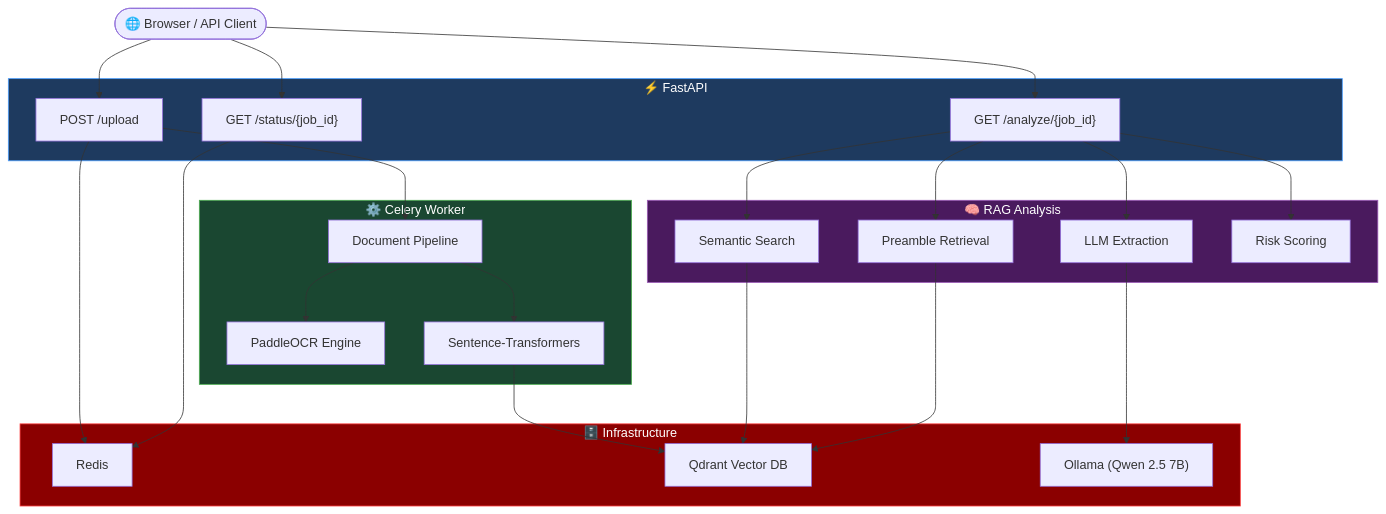
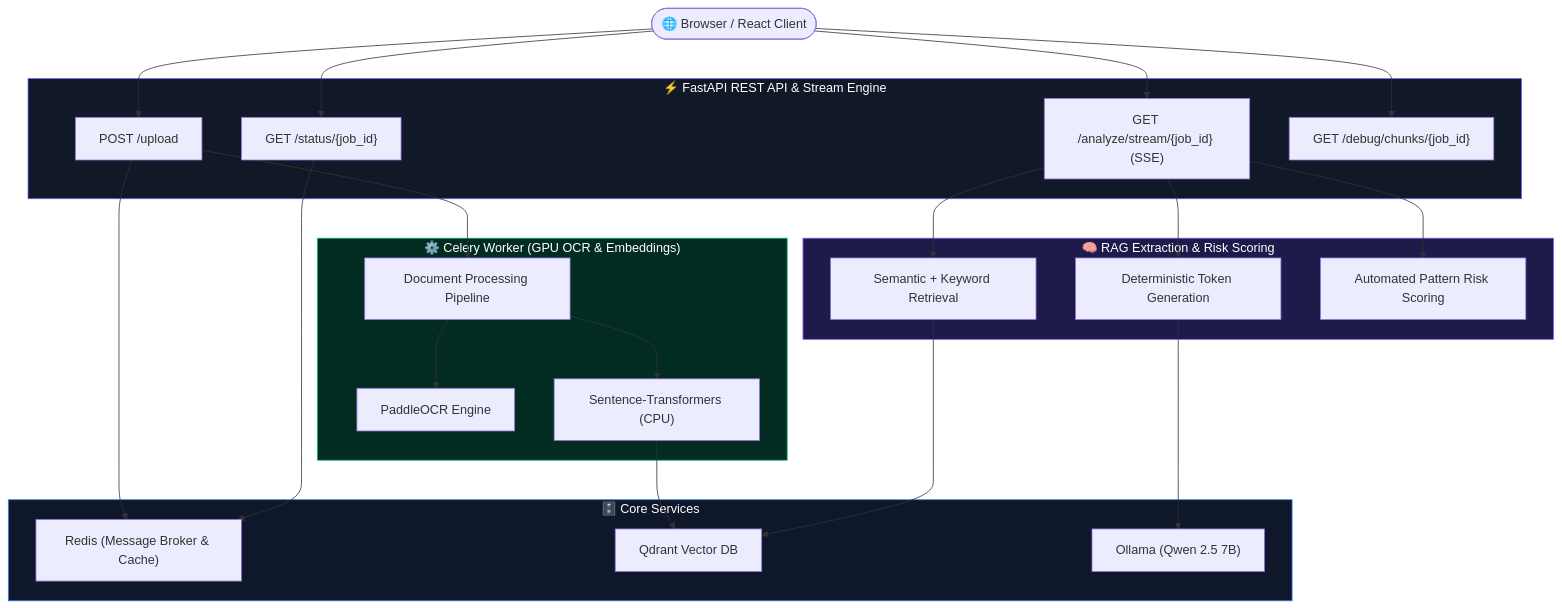
The first of 2 diagrams in README.md (Shivam-Prajapati-11/Contract_intelligence), drawn with Mermaid before and after one commit. The commit also changed other lines of this file and 11 other files, not shown here.

````diff
--- a/README.md
+++ b/README.md
@@ -309,51 +15,52 @@
 ```mermaid
 flowchart TD
-    CLIENT(["🌐 Browser / API Client"])
+    CLIENT(["🌐 Browser / React Client"])
 
-    subgraph FASTAPI["⚡ FastAPI"]
+    subgraph FASTAPI["⚡ FastAPI REST API & Stream Engine"]
         UPLOAD["POST /upload"]
         STATUS["GET /status/{job_id}"]
-        ANALYZE["GET /analyze/{job_id}"]
+        ANALYZE_STREAM["GET /analyze/stream/{job_id} (SSE)"]
+        DEBUG["GET /debug/chunks/{job_id}"]
     end
 
-    subgraph INFRA["🗄️ Infrastructure"]
-        REDIS["Redis"]
+    subgraph INFRA["🗄️ Core Services"]
+        REDIS["Redis (Message Broker & Cache)"]
         QDRANT["Qdrant Vector DB"]
         OLLAMA["Ollama (Qwen 2.5 7B)"]
     end
 
-    subgraph CELERY["⚙️ Celery Worker"]
-        PIPELINE["Document Pipeline"]
+    subgraph CELERY["⚙️ Celery Worker (GPU OCR & Embeddings)"]
+        PIPELINE["Document Processing Pipeline"]
         OCR["PaddleOCR Engine"]
-        EMBED["Sentence-Transformers"]
+        EMBED["Sentence-Transformers (CPU)"]
     end
 
-    subgraph RAG["🧠 RAG Analysis"]
-        SEARCH["Semantic Search"]
-        PREAMBLE["Preamble Retrieval"]
-        LLM["LLM Extraction"]
-        RISK["Risk Scoring"]
+    subgraph RAG["🧠 RAG Extraction & Risk Scoring"]
+        SEARCH["Semantic + Keyword Retrieval"]
+        LLM["Deterministic Token Generation"]
+        RISK["Automated Pattern Risk Scoring"]
     end
 
     CLIENT --> UPLOAD
     CLIENT --> STATUS
-    CLIENT --> ANALYZE
+    CLIENT --> ANALYZE_STREAM
+    CLIENT --> DEBUG
+    
     UPLOAD --> REDIS
     UPLOAD --> PIPELINE
     PIPELINE --> OCR
     PIPELINE --> EMBED
     EMBED --> QDRANT
     STATUS --> REDIS
-    ANALYZE --> SEARCH
+    
+    ANALYZE_STREAM --> SEARCH
     SEARCH --> QDRANT
-    ANALYZE --> PREAMBLE
-    PREAMBLE --> QDRANT
-    ANALYZE --> LLM
+    ANALYZE_STREAM --> LLM
     LLM --> OLLAMA
-    ANALYZE --> RISK
+    ANALYZE_STREAM --> RISK
 
-    style FASTAPI fill:#1e3a5f,stroke:#4a9eff,color:#fff
-    style INFRA fill:#8b0000,stroke:#ff4444,color:#fff
-    style CELERY fill:#1a4731,stroke:#4caf50,color:#fff
-    style RAG fill:#4a1a5e,stroke:#9b59b6,color:#fff
+    style FASTAPI fill:#111827,stroke:#6366f1,color:#fff
+    style INFRA fill:#0f172a,stroke:#3b82f6,color:#fff
+    style CELERY fill:#022c22,stroke:#10b981,color:#fff
+    style RAG fill:#1e1b4b,stroke:#8b5cf6,color:#fff
 ```
````
